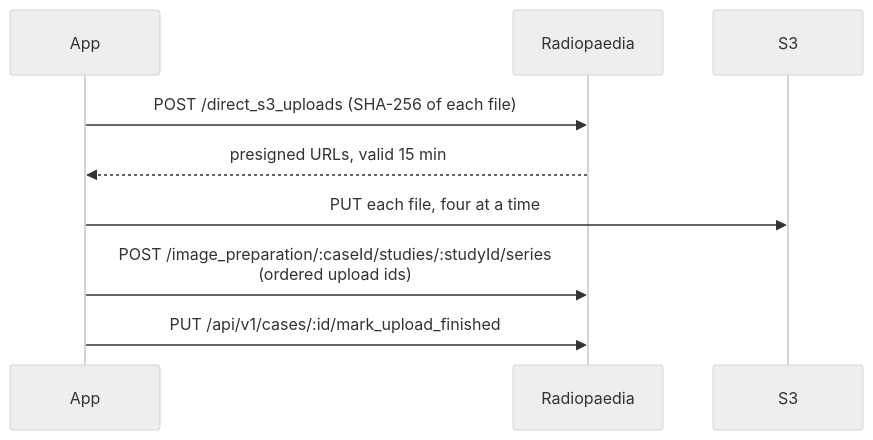
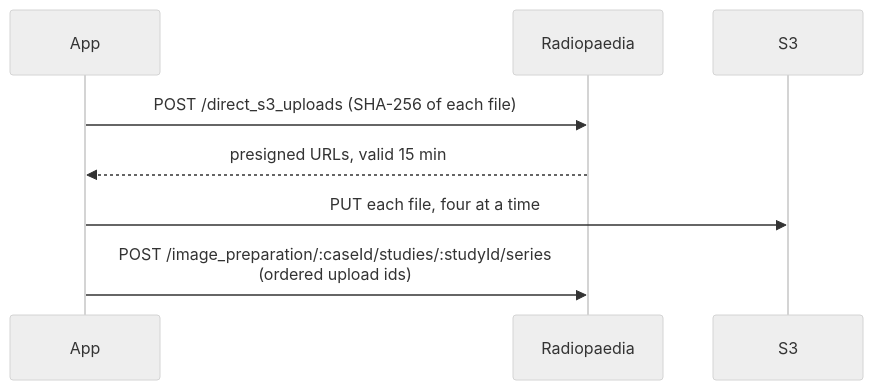
The diagram in docs/internals/upload.md (gmadevs/Radiouploader), drawn with Mermaid (neutral theme) before and after one commit. The commit also changed other lines of this file, not shown here.

First line of the commit message:
Say why the upload stops one call short of the documented flow

````diff
--- a/docs/internals/upload.md
+++ b/docs/internals/upload.md
@@ -13,11 +13,10 @@
 ```mermaid
 sequenceDiagram
   participant App
   participant Radiopaedia
   participant S3
   App->>Radiopaedia: POST /direct_s3_uploads (SHA-256 of each file)
   Radiopaedia-->>App: presigned URLs, valid 15 min
   App->>S3: PUT each file, four at a time
   App->>Radiopaedia: POST /image_preparation/:caseId/studies/:studyId/series<br/>(ordered upload ids)
-  App->>Radiopaedia: PUT /api/v1/cases/:id/mark_upload_finished
 ```
````
